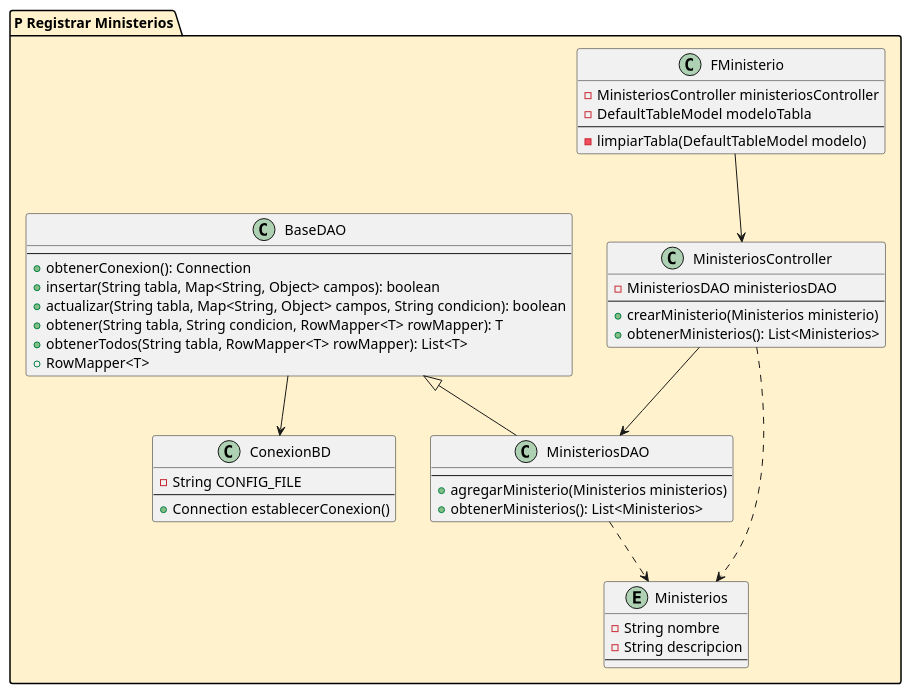
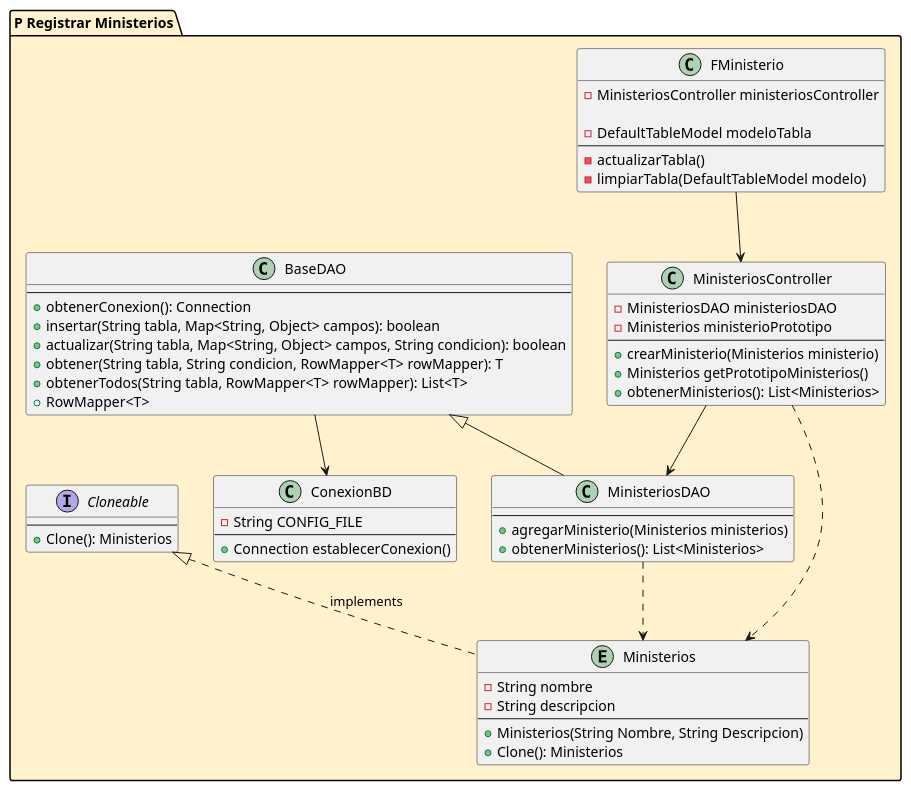
The diagram in src/utils/Mministerio.puml (jeulate/proyig1), drawn with PlantUML before and after one commit. The commit also changed 4 other files, not shown here.

Commit message:
Aplicando el patron Prototype al registro de ministerios

```diff
--- a/src/utils/Mministerio.puml
+++ b/src/utils/Mministerio.puml
@@ -1,51 +1,62 @@
 @startuml
 package "P Registrar Ministerios" #FFF2CC {
   class "FMinisterio" as fministerio {
   -MinisteriosController ministeriosController
+
   -DefaultTableModel modeloTabla
   --
+  -actualizarTabla()
   -limpiarTabla(DefaultTableModel modelo)
   }
   class "MinisteriosController" as ctrministerio{
   -MinisteriosDAO ministeriosDAO
+  -Ministerios ministerioPrototipo
   --
   +crearMinisterio(Ministerios ministerio)
+  +Ministerios getPrototipoMinisterios()
   +obtenerMinisterios(): List<Ministerios>
   }
 
   class "MinisteriosDAO" as daoministerios{
   --
   +agregarMinisterio(Ministerios ministerios)
   +obtenerMinisterios(): List<Ministerios>
   }
 
   class "BaseDAO" as daobase {
   --
   +obtenerConexion(): Connection
   +insertar(String tabla, Map<String, Object> campos): boolean
   +actualizar(String tabla, Map<String, Object> campos, String condicion): boolean
   +obtener(String tabla, String condicion, RowMapper<T> rowMapper): T
   +obtenerTodos(String tabla, RowMapper<T> rowMapper): List<T>
   +RowMapper<T>
   }
  class "ConexionBD" as bdconexion{
    -String CONFIG_FILE
    --
    +Connection establecerConexion()
   }
   entity "Ministerios" as ministerios{
       -String nombre
       -String descripcion
       --
+      +Ministerios(String Nombre, String Descripcion)
+      +Clone(): Ministerios
+  }
+  interface "Cloneable" as Prototype{
+  --
+  +Clone(): Ministerios
   }
 
   fministerio --> ctrministerio
   ctrministerio --> daoministerios
   daobase <|-- daoministerios
   ctrministerio ..> ministerios
   daoministerios ..> ministerios
   daobase --> bdconexion
+  Prototype<|.. ministerios : implements
 }
 
 
 @enduml
```
